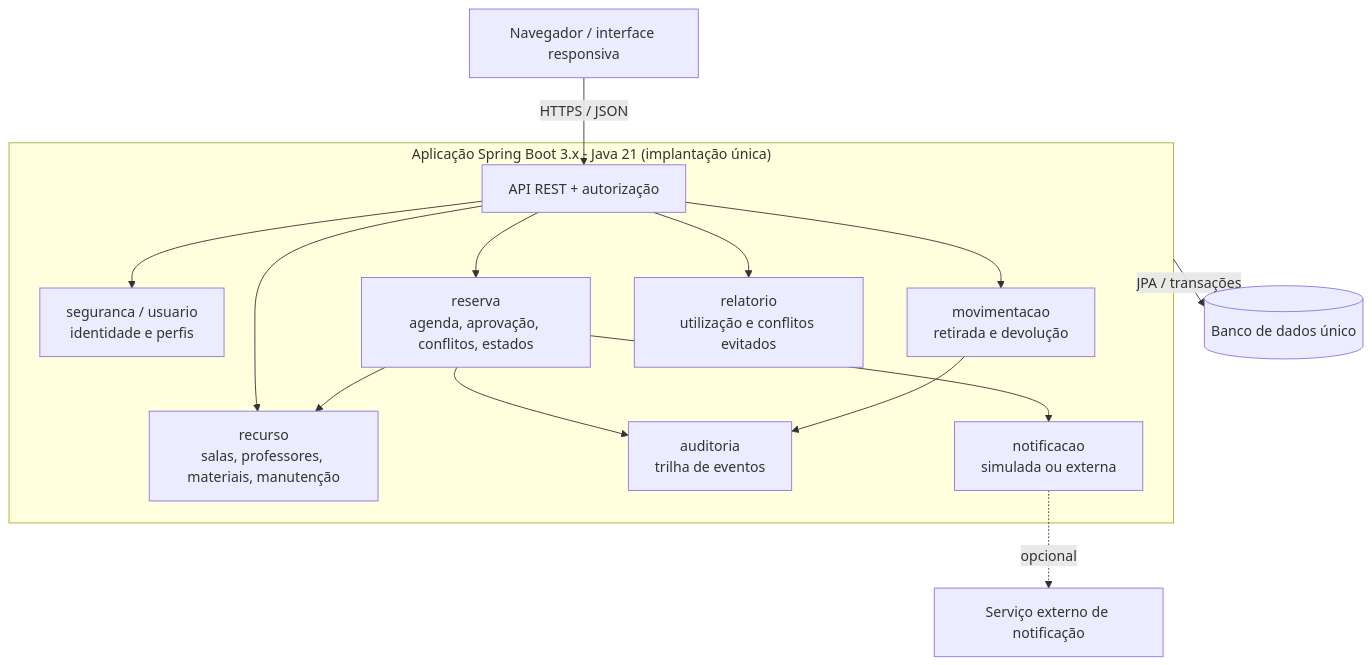
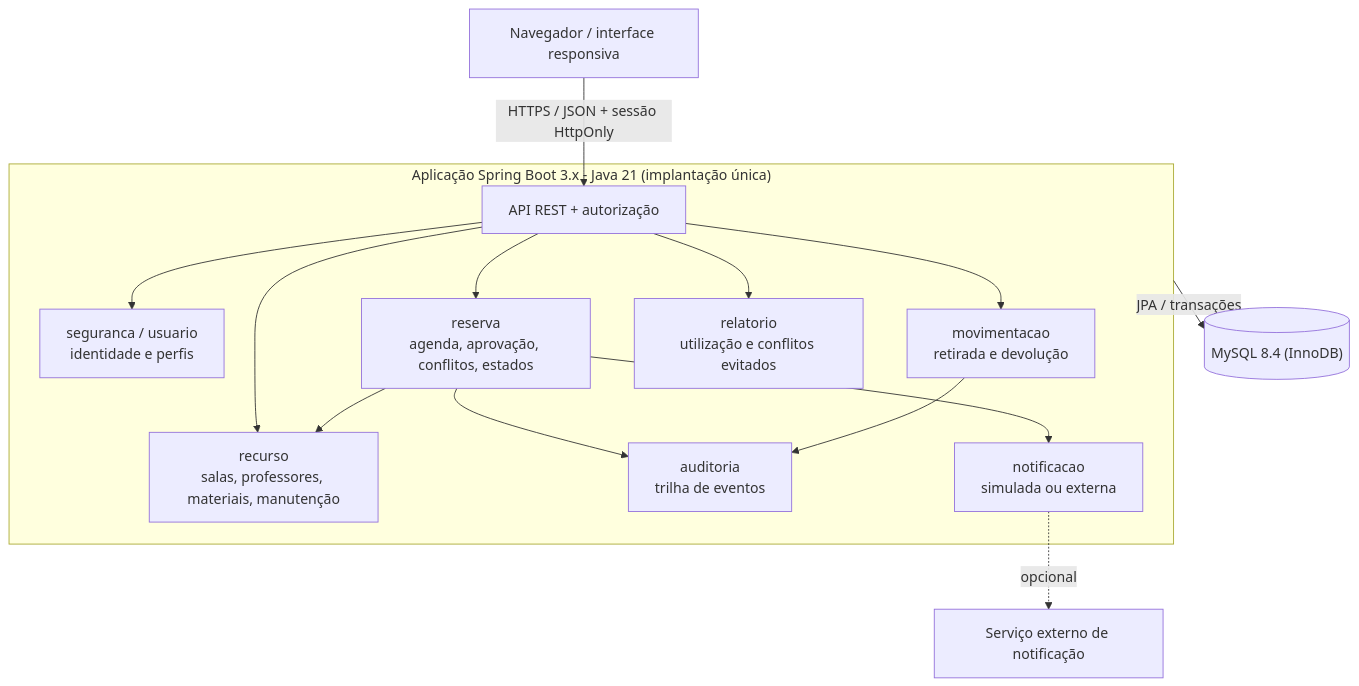
The diagram in README.md (SenacOS/ADS-4S-OrganizacaoRecursos), drawn with Mermaid before and after one commit. The commit also changed other lines of this file and 10 other files, not shown here.

````diff
--- a/README.md
+++ b/README.md
@@ -98,27 +100,27 @@
 ```mermaid
 flowchart TD
-    U["Navegador / interface responsiva"] -->|HTTPS / JSON| API
+    U["Navegador / interface responsiva"] -->|HTTPS / JSON + sessão HttpOnly| API
 
     subgraph APP["Aplicação Spring Boot 3.x - Java 21 (implantação única)"]
         API["API REST + autorização"]
         SEG["seguranca / usuario<br/>identidade e perfis"]
         RES["reserva<br/>agenda, aprovação, conflitos, estados"]
         REC["recurso<br/>salas, professores, materiais, manutenção"]
         MOV["movimentacao<br/>retirada e devolução"]
         AUD["auditoria<br/>trilha de eventos"]
         NOT["notificacao<br/>simulada ou externa"]
         REL["relatorio<br/>utilização e conflitos evitados"]
         API --> SEG
         API --> RES
         API --> REC
         API --> MOV
         API --> REL
         RES --> REC
         RES --> AUD
         MOV --> AUD
         RES --> NOT
     end
 
-    APP -->|JPA / transações| DB[("Banco de dados único")]
+    APP -->|JPA / transações| DB[("MySQL 8.4 (InnoDB)")]
     NOT -.->|opcional| EXT["Serviço externo de notificação"]
 ```
````
